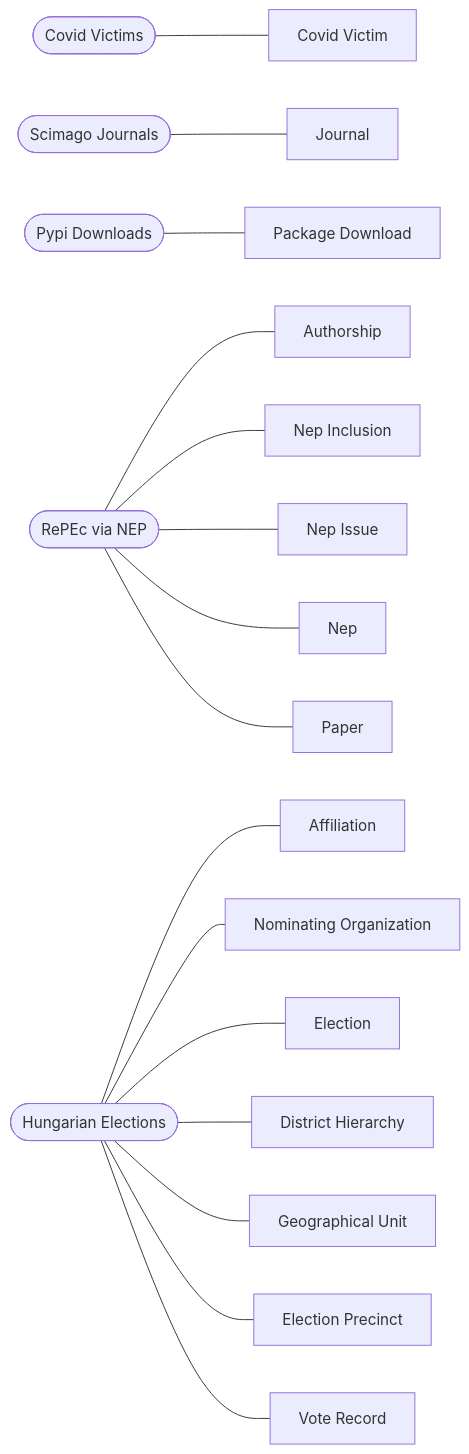
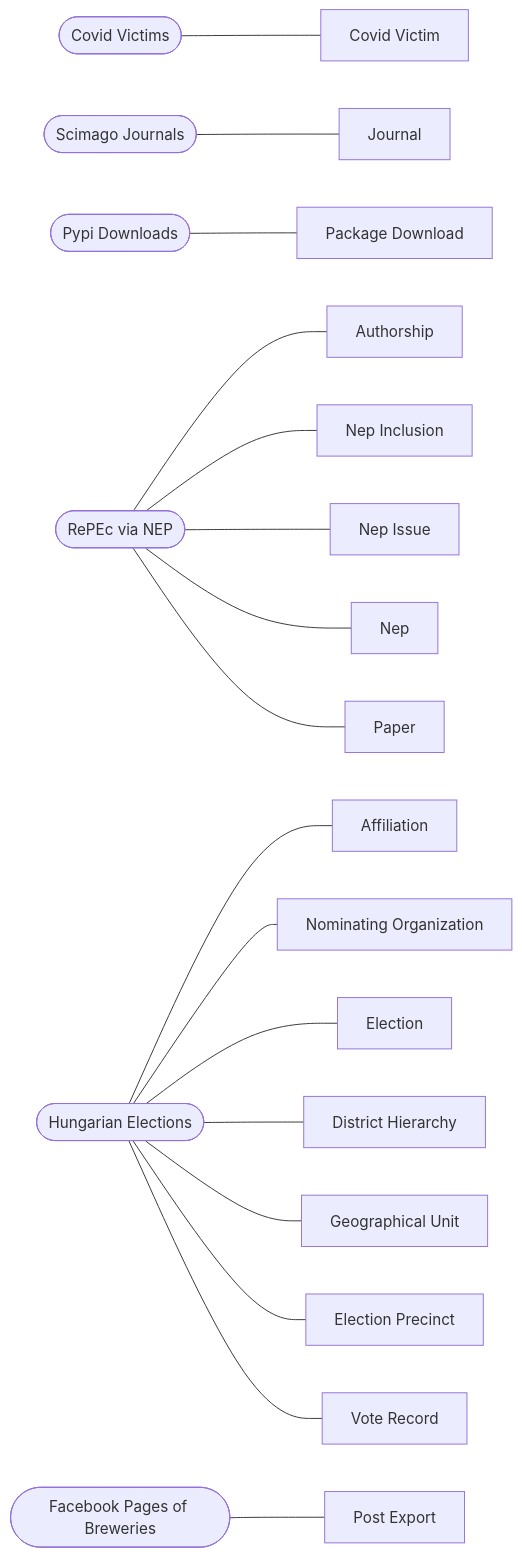
The diagram in _sources/mermaid.md (sscu-budapest/explorer), drawn with Mermaid before and after one commit. The commit also changed 33 other files, not shown here.

````diff
--- a/_sources/mermaid.md
+++ b/_sources/mermaid.md
@@ -1,50 +1,53 @@
 ```{mermaid}
 
     flowchart LR
         
         covid_victims([Covid Victims]) --- covid_victims_covid_victim[Covid Victim]
         click covid_victims_covid_victim href "https://s3.eu-de.cloud-object-storage.appdomain.cloud/sscub-public-explorer/covid_victims/covid_victim-profile.html" "Profile"
         
         scimago_journals([Scimago Journals]) --- scimago_journals_journal[Journal]
         click scimago_journals_journal href "https://s3.eu-de.cloud-object-storage.appdomain.cloud/sscub-public-explorer/scimago_journals/journal-profile.html" "Profile"
         
         pypi_downloads([Pypi Downloads]) --- pypi_downloads_package_download[Package Download]
         click pypi_downloads_package_download href "https://s3.eu-de.cloud-object-storage.appdomain.cloud/sscub-public-explorer/pypi_downloads/package_download-profile.html" "Profile"
         
         repec_via_nep([RePEc via NEP]) --- repec_via_nep_authorship[Authorship]
         click repec_via_nep_authorship href "https://s3.eu-de.cloud-object-storage.appdomain.cloud/sscub-public-explorer/repec_via_nep/authorship-profile.html" "Profile"
         
         repec_via_nep([RePEc via NEP]) --- repec_via_nep_nep_inclusion[Nep Inclusion]
         click repec_via_nep_nep_inclusion href "https://s3.eu-de.cloud-object-storage.appdomain.cloud/sscub-public-explorer/repec_via_nep/nep_inclusion-profile.html" "Profile"
         
         repec_via_nep([RePEc via NEP]) --- repec_via_nep_nep_issue[Nep Issue]
         click repec_via_nep_nep_issue href "https://s3.eu-de.cloud-object-storage.appdomain.cloud/sscub-public-explorer/repec_via_nep/nep_issue-profile.html" "Profile"
         
         repec_via_nep([RePEc via NEP]) --- repec_via_nep_nep[Nep]
         click repec_via_nep_nep href "https://s3.eu-de.cloud-object-storage.appdomain.cloud/sscub-public-explorer/repec_via_nep/nep-profile.html" "Profile"
         
         repec_via_nep([RePEc via NEP]) --- repec_via_nep_paper[Paper]
         click repec_via_nep_paper href "https://s3.eu-de.cloud-object-storage.appdomain.cloud/sscub-public-explorer/repec_via_nep/paper-profile.html" "Profile"
         
         hungarian_elections([Hungarian Elections]) --- hungarian_elections_affiliation[Affiliation]
         click hungarian_elections_affiliation href "https://s3.eu-de.cloud-object-storage.appdomain.cloud/sscub-public-explorer/hungarian_elections/affiliation-profile.html" "Profile"
         
         hungarian_elections([Hungarian Elections]) --- hungarian_elections_nominating_organization[Nominating Organization]
         click hungarian_elections_nominating_organization href "https://s3.eu-de.cloud-object-storage.appdomain.cloud/sscub-public-explorer/hungarian_elections/nominating_organization-profile.html" "Profile"
         
         hungarian_elections([Hungarian Elections]) --- hungarian_elections_election[Election]
         click hungarian_elections_election href "https://s3.eu-de.cloud-object-storage.appdomain.cloud/sscub-public-explorer/hungarian_elections/election-profile.html" "Profile"
         
         hungarian_elections([Hungarian Elections]) --- hungarian_elections_district_hierarchy[District Hierarchy]
         click hungarian_elections_district_hierarchy href "https://s3.eu-de.cloud-object-storage.appdomain.cloud/sscub-public-explorer/hungarian_elections/district_hierarchy-profile.html" "Profile"
         
         hungarian_elections([Hungarian Elections]) --- hungarian_elections_geographical_unit[Geographical Unit]
         click hungarian_elections_geographical_unit href "https://s3.eu-de.cloud-object-storage.appdomain.cloud/sscub-public-explorer/hungarian_elections/geographical_unit-profile.html" "Profile"
         
         hungarian_elections([Hungarian Elections]) --- hungarian_elections_election_precinct[Election Precinct]
         click hungarian_elections_election_precinct href "https://s3.eu-de.cloud-object-storage.appdomain.cloud/sscub-public-explorer/hungarian_elections/election_precinct-profile.html" "Profile"
         
         hungarian_elections([Hungarian Elections]) --- hungarian_elections_vote_record[Vote Record]
         click hungarian_elections_vote_record href "https://s3.eu-de.cloud-object-storage.appdomain.cloud/sscub-public-explorer/hungarian_elections/vote_record-profile.html" "Profile"
         
+        facebook_pages_of_breweries([Facebook Pages of Breweries]) --- facebook_pages_of_breweries_post_export[Post Export]
+        click facebook_pages_of_breweries_post_export href "https://s3.eu-de.cloud-object-storage.appdomain.cloud/sscub-public-explorer/facebook_pages_of_breweries/post_export-profile.html" "Profile"
+        
 ```
````
